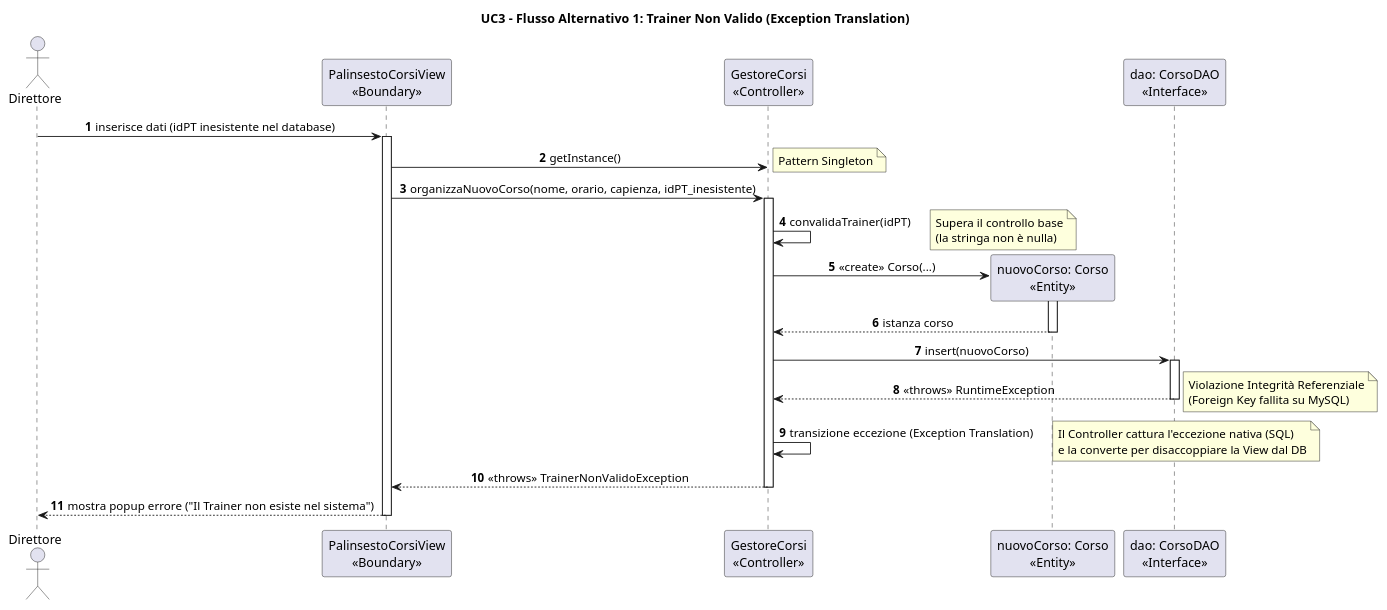
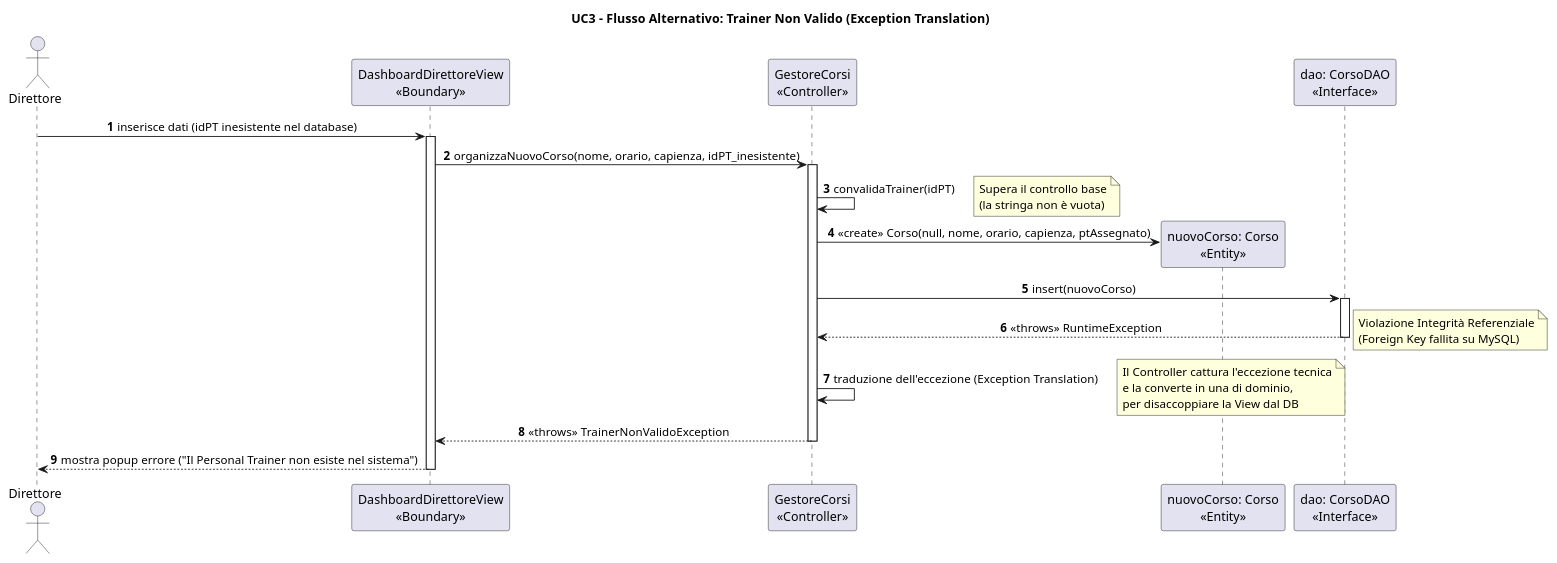
One commit to svilu999/Progetto-ScriptActive changed the third of 3 diagrams in ScriptActive/Documenti/08. Diagrammi di Sequenza/DSequenzaUC3.puml. Above: the diagram before and after it, drawn with PlantUML. The commit also changed other lines of this file and 33 other files, not shown here.

First line of the commit message:
Allinea i diagrammi UML al codice attuale

```diff
--- a/ScriptActive/Documenti/08. Diagrammi di Sequenza/DSequenzaUC3.puml
+++ b/ScriptActive/Documenti/08. Diagrammi di Sequenza/DSequenzaUC3.puml
@@ -136,60 +130,41 @@
-@startuml
+@startuml DSequenzaUC3Alt2
 skinparam monochrome false
 skinparam packageStyle rectangle
 skinparam sequenceMessageAlign center
 
+title UC3 - Flusso Alternativo: Trainer Non Valido (Exception Translation)
+autonumber
 
-title UC3 - Flusso Alternativo 1: Trainer Non Valido (Exception Translation)
-
-
-autonumber
 actor "Direttore" as D
-participant "PalinsestoCorsiView\n<<Boundary>>" as V
+participant "DashboardDirettoreView\n<<Boundary>>" as V
 participant "GestoreCorsi\n<<Controller>>" as C
 participant "nuovoCorso: Corso\n<<Entity>>" as E
 participant "dao: CorsoDAO\n<<Interface>>" as DAO
 
-
 D -> V : inserisce dati (idPT inesistente nel database)
 activate V
-
-
-V -> C : getInstance()
-note right: Pattern Singleton
-
 
 V -> C : organizzaNuovoCorso(nome, orario, capienza, idPT_inesistente)
 activate C
 
-
 C -> C : convalidaTrainer(idPT)
-note right: Supera il controllo base\n(la stringa non è nulla)
-
+note right: Supera il controllo base\n(la stringa non è vuota)
 
 create E
-C -> E : <<create>> Corso(...)
-activate E
-E --> C : istanza corso
-deactivate E
-
+C -> E : <<create>> Corso(null, nome, orario, capienza, ptAssegnato)
 
 C -> DAO : insert(nuovoCorso)
 activate DAO
 DAO --> C : <<throws>> RuntimeException
 note right: Violazione Integrità Referenziale\n(Foreign Key fallita su MySQL)
 deactivate DAO
 
-
-C -> C : transizione eccezione (Exception Translation)
-note right: Il Controller cattura l'eccezione nativa (SQL)\ne la converte per disaccoppiare la View dal DB
-
+C -> C : traduzione dell'eccezione (Exception Translation)
+note right: Il Controller cattura l'eccezione tecnica\ne la converte in una di dominio,\nper disaccoppiare la View dal DB
 
 C --> V : <<throws>> TrainerNonValidoException
 deactivate C
 
-
-V --> D : mostra popup errore ("Il Trainer non esiste nel sistema")
+V --> D : mostra popup errore ("Il Personal Trainer non esiste nel sistema")
 deactivate V
-
-
 @enduml
```
